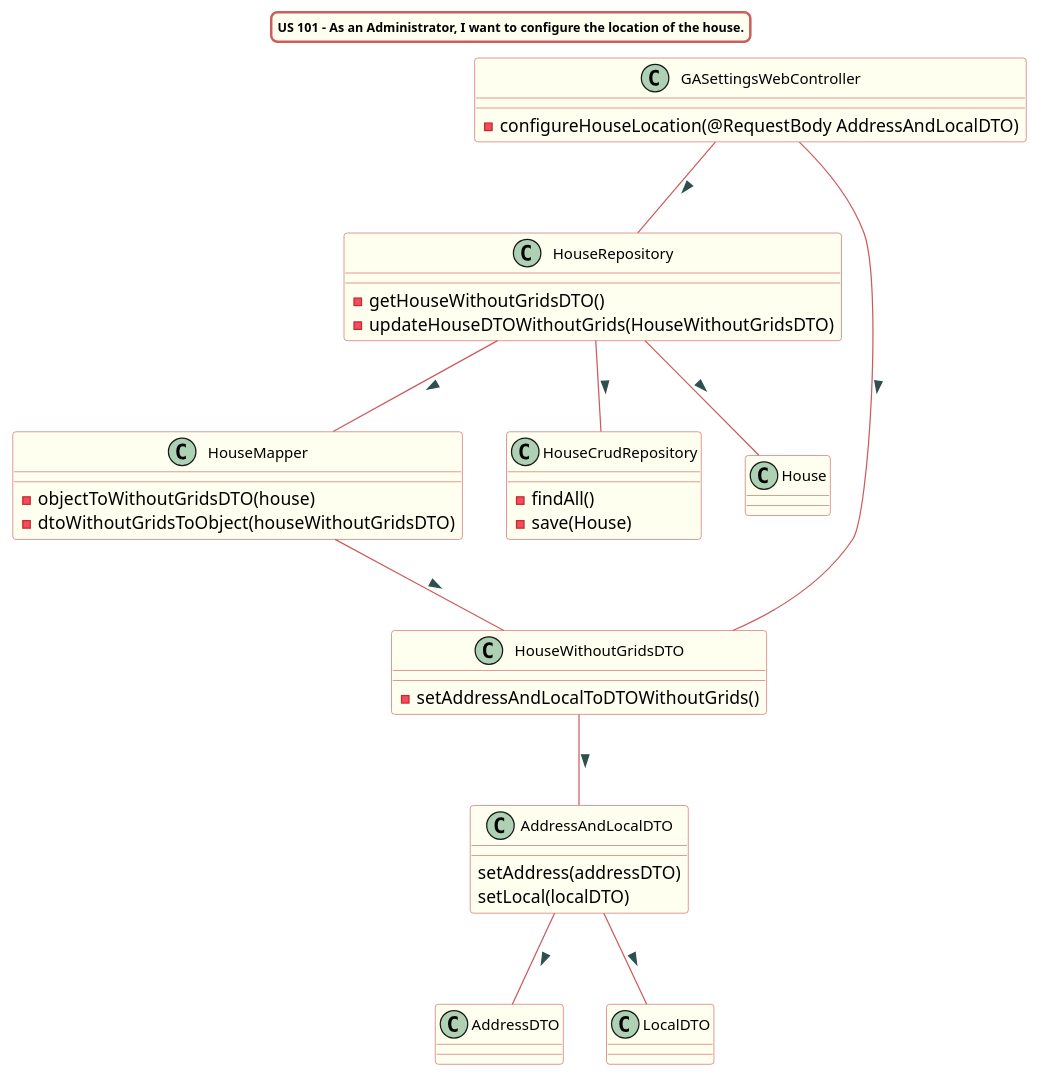
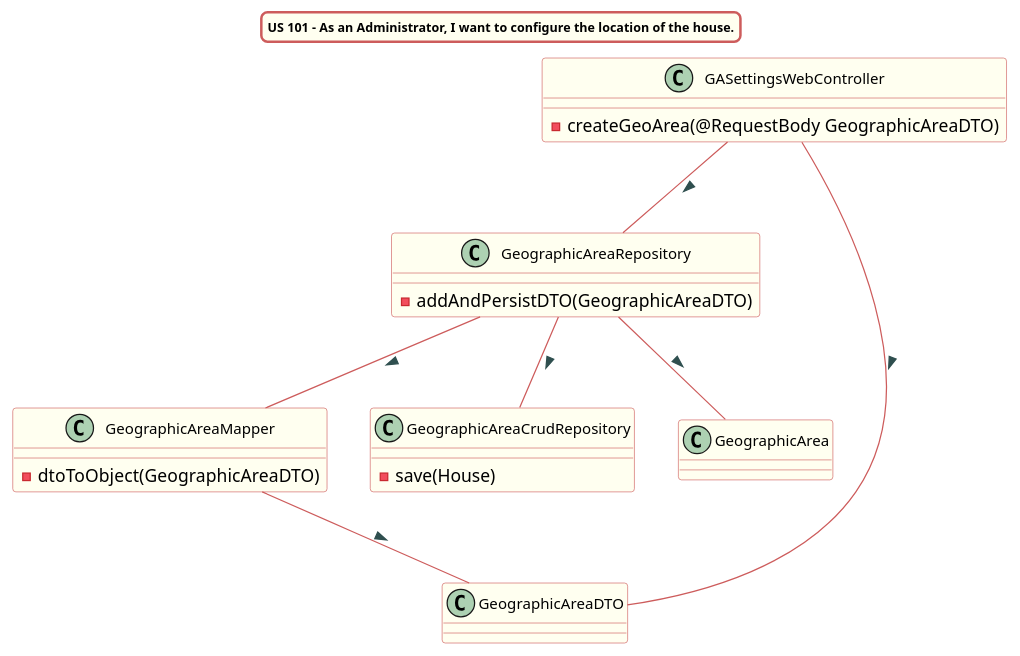
The diagram in src/doc/WEB_Controllers/GASettings/US003/US003_cd_GASettings.puml (Almadanmp/project), drawn with PlantUML before and after one commit. The commit also changed 2 other files, not shown here.

Commit message:
REF #364 #361 - added tests for US003 (trying to cover all options) & US101 (retrieveHouse()) - added class diagram for US003

```diff
--- a/src/doc/WEB_Controllers/GASettings/US003/US003_cd_GASettings.puml
+++ b/src/doc/WEB_Controllers/GASettings/US003/US003_cd_GASettings.puml
@@ -1,78 +1,57 @@
 @startuml
 
 title US 101 - As an Administrator, I want to configure the location of the house.
 skinparam titleBorderRoundCorner 10
 skinparam titleBorderThickness 2
 skinparam titleBorderColor indianred
 skinparam titleBackgroundColor ivory
 skinparam FontName verdana
 skinparam titleFontSize 10
 
 
 skinparam class {
   BorderColor indianred
   BackgroundColor indianred
   BackgroundColor ivory
    roundcorner 10
    ArrowFontName Verdana
    ArrowColor indianred
    ArrowFontColor darkslategrey
    FontSize 12
 }
 
 class GASettingsWebController
-class HouseRepository
-class HouseMapper
-class HouseCrudRepository
-class AddressAndLocalDTO
-class HouseWithoutGridsDTO
+class GeographicAreaRepository
+class GeographicAreaMapper
+class GeographicAreaCrudRepository
+class GeographicAreaDTO
+class GeographicArea
 
-GASettingsWebController -- HouseRepository : >
-GASettingsWebController -- HouseWithoutGridsDTO : >
+GASettingsWebController -- GeographicAreaRepository : >
+GASettingsWebController -- GeographicAreaDTO : >
 
-HouseRepository -- HouseCrudRepository : >
-HouseRepository -- House : >
-HouseRepository -- HouseMapper : >
-HouseMapper -- HouseWithoutGridsDTO : >
+GeographicAreaRepository -- GeographicAreaCrudRepository : >
+GeographicAreaRepository -- GeographicArea : >
+GeographicAreaRepository -- GeographicAreaMapper : >
+GeographicAreaMapper -- GeographicAreaDTO : >
 
-HouseWithoutGridsDTO -- AddressAndLocalDTO : >
 
-AddressAndLocalDTO -- AddressDTO : >
-AddressAndLocalDTO -- LocalDTO : >
 
 class GASettingsWebController {
--configureHouseLocation(@RequestBody AddressAndLocalDTO)
+-createGeoArea(@RequestBody GeographicAreaDTO)
+}
+
+class GeographicAreaMapper{
+- dtoToObject(GeographicAreaDTO)
+}
+
+class GeographicAreaRepository {
+- addAndPersistDTO(GeographicAreaDTO)
 }
 
 
-class HouseMapper{
-- objectToWithoutGridsDTO(house)
-- dtoWithoutGridsToObject(houseWithoutGridsDTO)
-}
-
-class HouseRepository {
-- getHouseWithoutGridsDTO()
-- updateHouseDTOWithoutGrids(HouseWithoutGridsDTO)
-}
-
-class HouseWithoutGridsDTO {
-- setAddressAndLocalToDTOWithoutGrids()
-}
-
-class AddressAndLocalDTO{
-setAddress(addressDTO)
-setLocal(localDTO)
-}
-
-class AddressDTO{
-}
-
-class LocalDTO{
-}
-
-class HouseCrudRepository{
-- findAll()
+class GeographicAreaCrudRepository{
 - save(House)
 }
 
 @enduml
```
